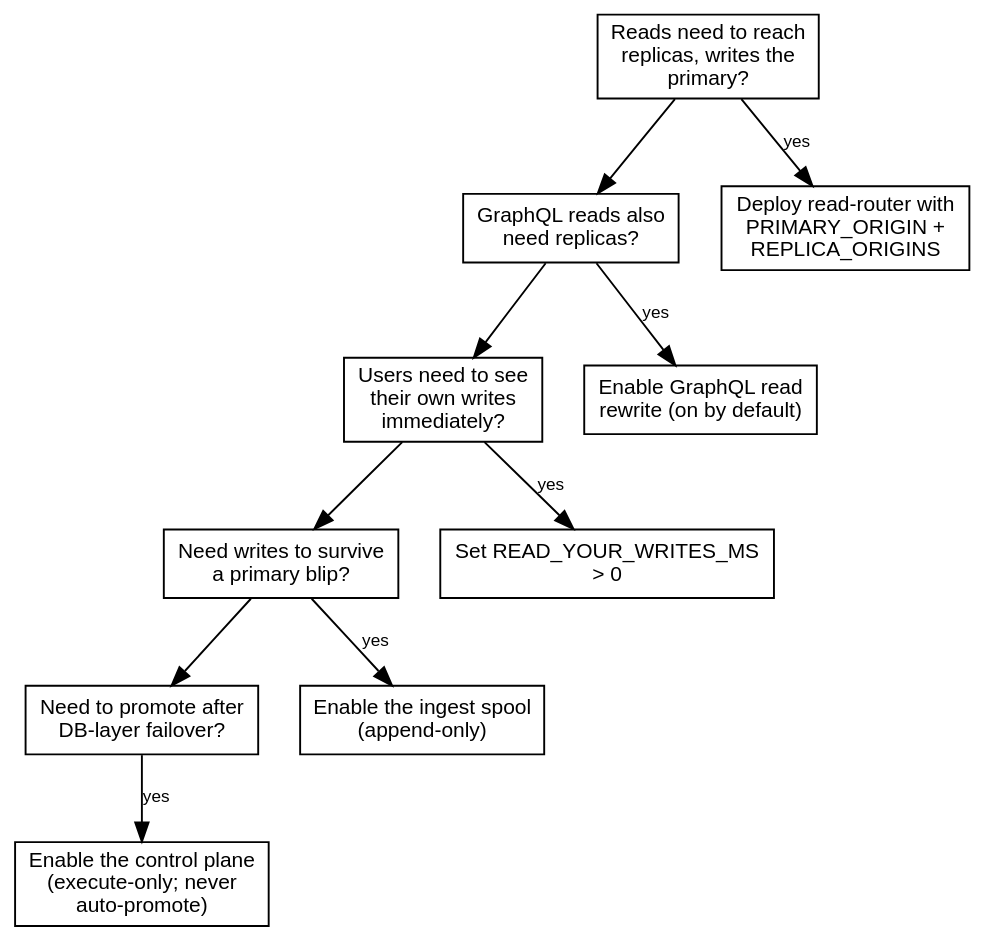
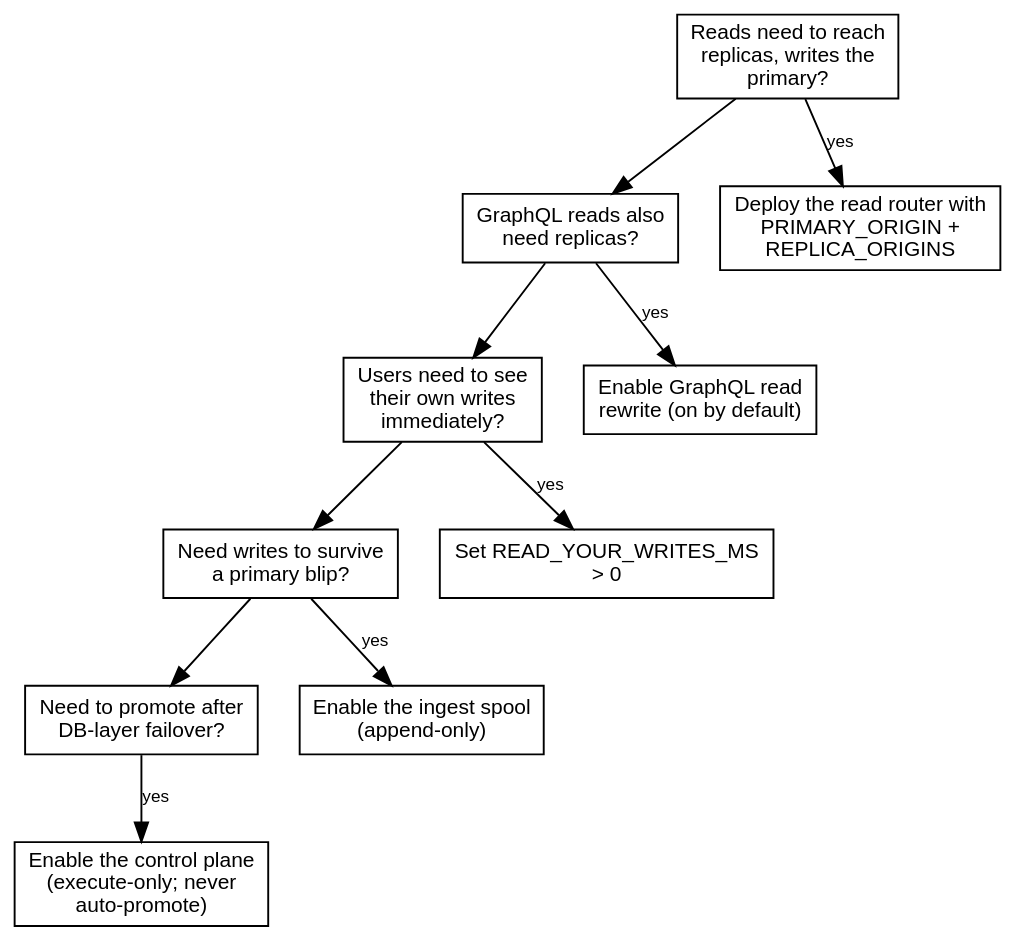
Before and after one commit to erfianugrah/lexicanum: the second of 2 diagrams in src/content/docs/reference/supabase-edge-read-router.mdx, drawn with Graphviz. The commit also changed other lines of this file and 90 other files, not shown here.

````diff
--- a/src/content/docs/reference/supabase-edge-read-router.mdx
+++ b/src/content/docs/reference/supabase-edge-read-router.mdx
@@ -197,30 +197,30 @@
 ```dot
 digraph {
   rankdir=TB; bgcolor="transparent"; nodesep=0.3; ranksep=0.5;
   fontname="Helvetica,Arial,sans-serif";
   node [fontname="Helvetica,Arial,sans-serif", fontsize=11, shape=box];
   edge [fontname="Helvetica,Arial,sans-serif", fontsize=9];
 
   q1 [label="Reads need to reach\nreplicas, writes the\nprimary?"];
   q2 [label="GraphQL reads also\nneed replicas?"];
   q3 [label="Users need to see\ntheir own writes\nimmediately?"];
   q4 [label="Need writes to survive\na primary blip?"];
   q5 [label="Need to promote after\nDB-layer failover?"];
 
-  a1 [label="Deploy read-router with\nPRIMARY_ORIGIN +\nREPLICA_ORIGINS"];
+  a1 [label="Deploy the read router with\nPRIMARY_ORIGIN +\nREPLICA_ORIGINS"];
   a2 [label="Enable GraphQL read\nrewrite (on by default)"];
   a3 [label="Set READ_YOUR_WRITES_MS\n> 0"];
   a4 [label="Enable the ingest spool\n(append-only)"];
   a5 [label="Enable the control plane\n(execute-only; never\nauto-promote)"];
 
   q1 -> a1 [label="yes"];
   q1 -> q2;
   q2 -> a2 [label="yes"];
   q2 -> q3;
   q3 -> a3 [label="yes"];
   q3 -> q4;
   q4 -> a4 [label="yes"];
   q4 -> q5;
   q5 -> a5 [label="yes"];
 }
 ```
````
